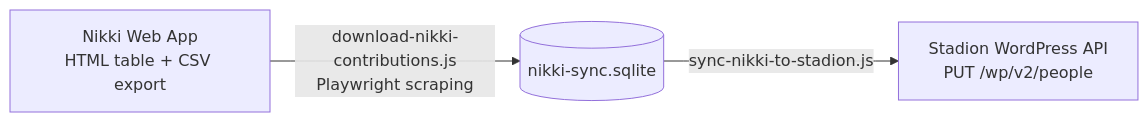
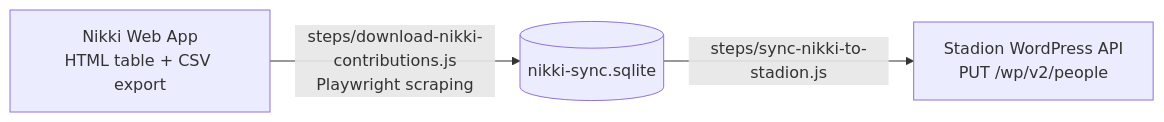
The third of 8 diagrams in docs/sync-architecture.md (jdevalk/sportlink-sync), drawn with Mermaid before and after one commit. The commit also changed other lines of this file and 117 other files, not shown here.

````diff
--- a/docs/sync-architecture.md
+++ b/docs/sync-architecture.md
@@ -264,9 +264,9 @@
 ```mermaid
 graph LR
     NK[Nikki Web App<br>HTML table + CSV export]
     DB[(nikki-sync.sqlite)]
     ST[Stadion WordPress API<br>PUT /wp/v2/people]
 
-    NK -->|download-nikki-contributions.js<br>Playwright scraping| DB
-    DB -->|sync-nikki-to-stadion.js| ST
+    NK -->|steps/download-nikki-contributions.js<br>Playwright scraping| DB
+    DB -->|steps/sync-nikki-to-stadion.js| ST
 ```
````
